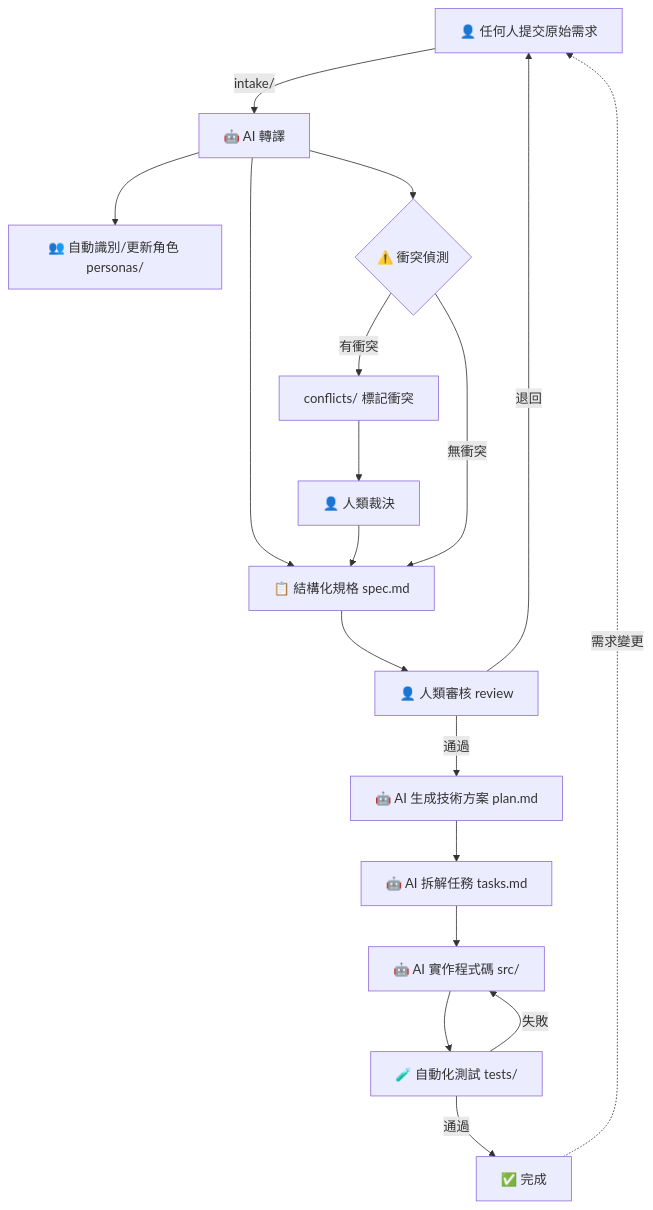
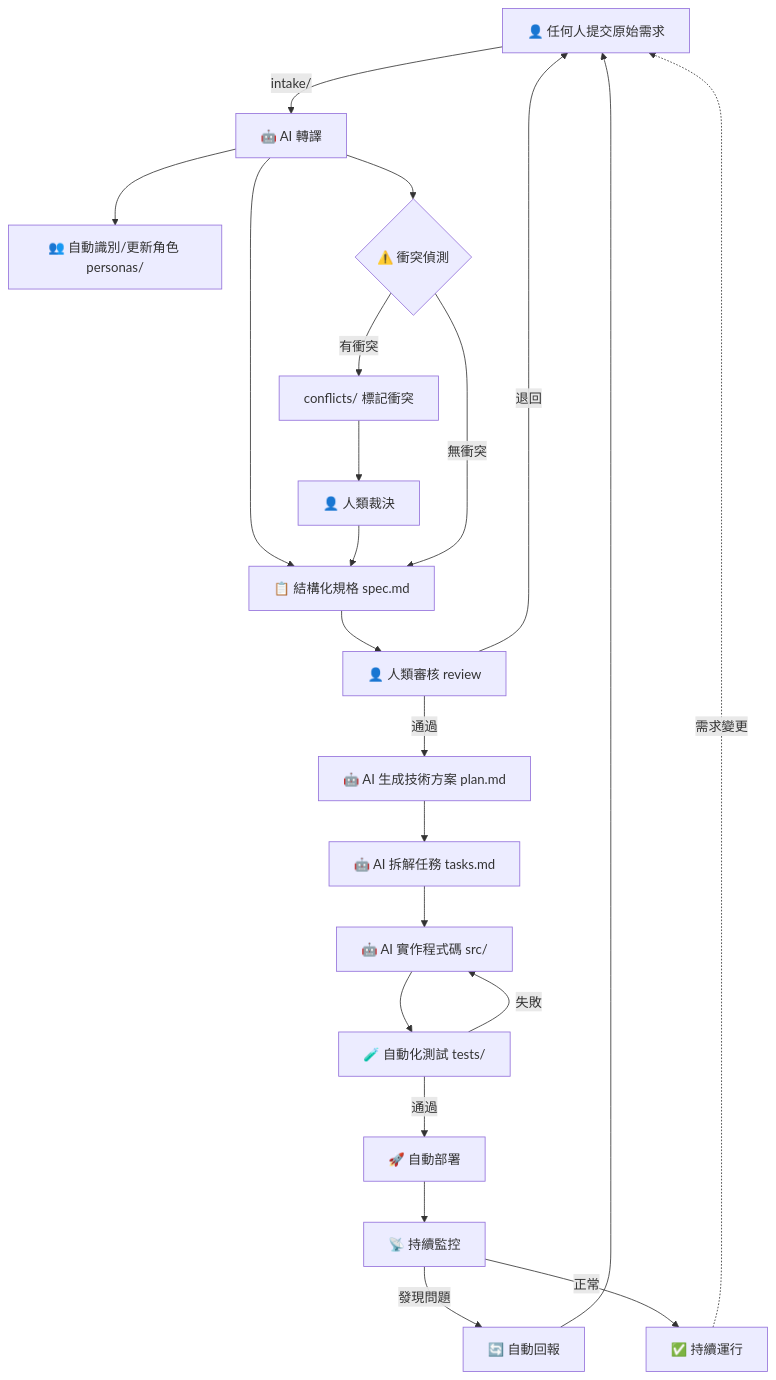
Before and after one commit to adamou0408/req: the diagram in README.md, drawn with Mermaid. The commit also changed other lines of this file and 21 other files, not shown here.

````diff
--- a/README.md
+++ b/README.md
@@ -37,20 +37,24 @@
 ```mermaid
 graph TD
     A[👤 任何人提交原始需求] -->|intake/| B[🤖 AI 轉譯]
     B --> C[📋 結構化規格 spec.md]
     B --> D[👥 自動識別/更新角色 personas/]
     B --> E{⚠️ 衝突偵測}
     E -->|有衝突| F[conflicts/ 標記衝突]
     F --> G[👤 人類裁決]
     G --> C
     E -->|無衝突| C
     C --> H[👤 人類審核 review]
     H -->|退回| A
     H -->|通過| I[🤖 AI 生成技術方案 plan.md]
     I --> J[🤖 AI 拆解任務 tasks.md]
     J --> K[🤖 AI 實作程式碼 src/]
     K --> L[🧪 自動化測試 tests/]
     L -->|失敗| K
-    L -->|通過| M[✅ 完成]
-    M -.->|需求變更| A
+    L -->|通過| M[🚀 自動部署]
+    M --> N[📡 持續監控]
+    N -->|發現問題| O[🔄 自動回報]
+    O --> A
+    N -->|正常| P[✅ 持續運行]
+    P -.->|需求變更| A
 ```
````
